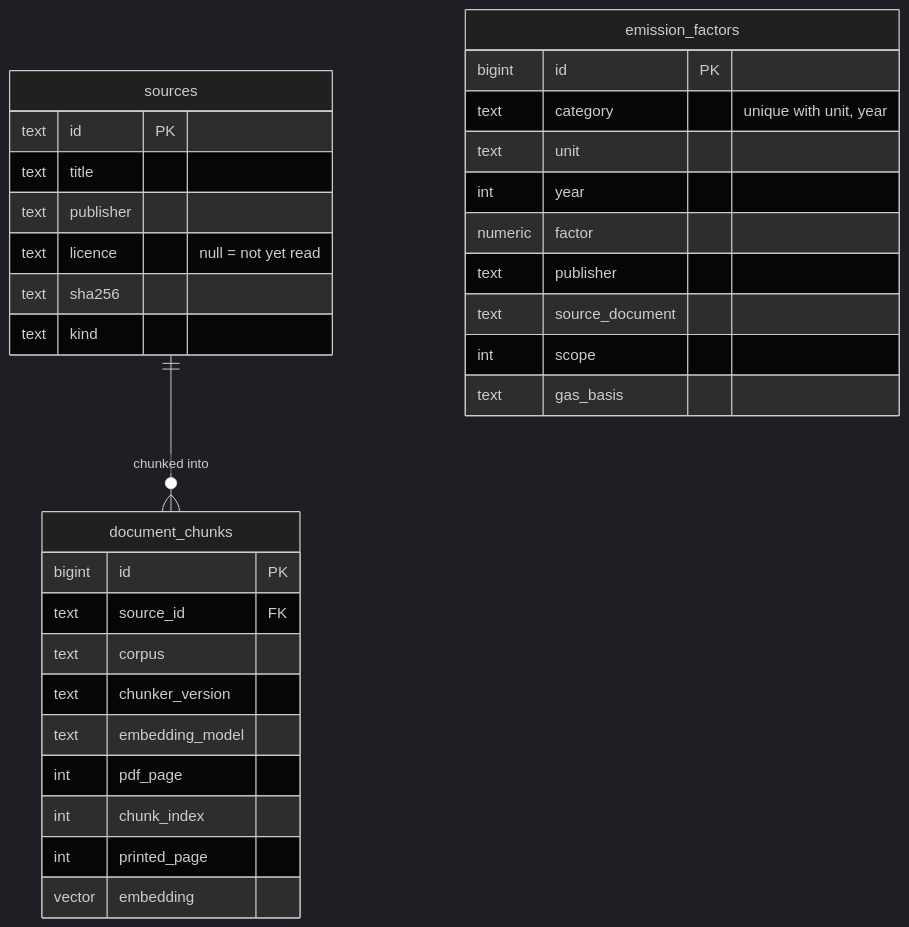
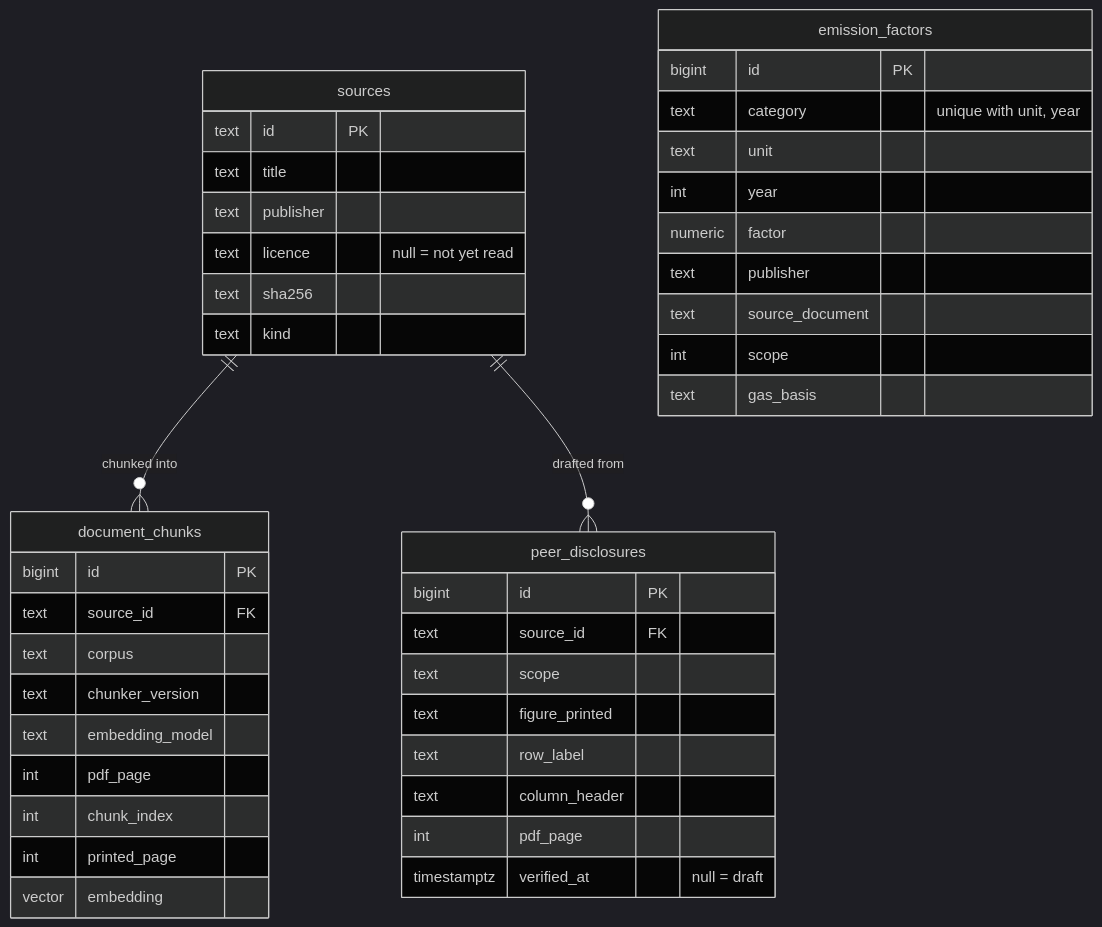
One commit to LinXH8/Carbon-R changed the diagram in docs/DATA.md. Above: the diagram before and after it, drawn with Mermaid (dark theme). The commit also changed other lines of this file and 17 other files, not shown here.

````diff
--- a/docs/DATA.md
+++ b/docs/DATA.md
@@ -87,34 +120,45 @@
 ```mermaid
 erDiagram
     sources ||--o{ document_chunks : "chunked into"
+    sources ||--o{ peer_disclosures : "drafted from"
     sources {
         text id PK
         text title
         text publisher
         text licence "null = not yet read"
         text sha256
         text kind
     }
     document_chunks {
         bigint id PK
         text source_id FK
         text corpus
         text chunker_version
         text embedding_model
         int pdf_page
         int chunk_index
         int printed_page
         vector embedding
     }
+    peer_disclosures {
+        bigint id PK
+        text source_id FK
+        text scope
+        text figure_printed
+        text row_label
+        text column_header
+        int pdf_page
+        timestamptz verified_at "null = draft"
+    }
     emission_factors {
         bigint id PK
         text category "unique with unit, year"
         text unit
         int year
         numeric factor
         text publisher
         text source_document
         int scope
         text gas_basis
     }
 ```
````
